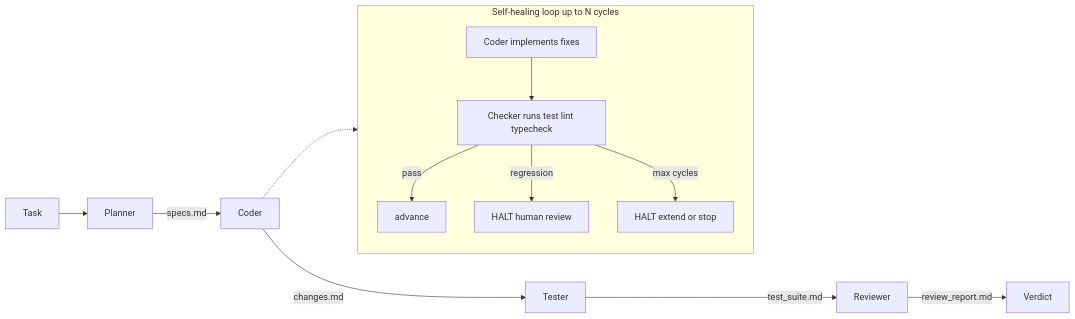
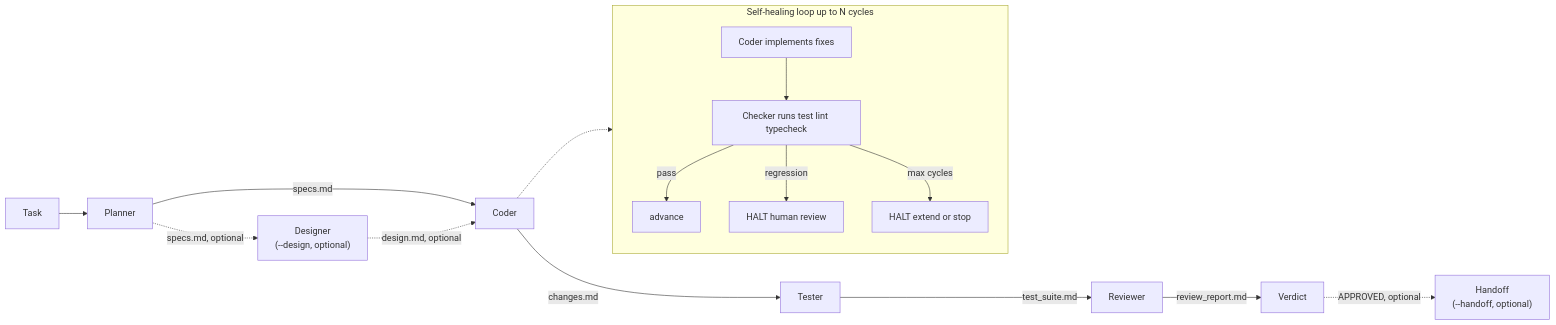
The first of 2 diagrams in README.md (isholaomotayo/orchestrator), drawn with Mermaid before and after one commit. The commit also changed other lines of this file and 1 other file, not shown here.

Commit message:
docs: six-stage pipeline in SKILL.md front matter and README diagrams

````diff
--- a/README.md
+++ b/README.md
@@ -55,17 +55,20 @@
 ```mermaid
 flowchart LR
     T[Task] --> P[Planner]
     P -->|specs.md| C[Coder]
+    P -.->|specs.md, optional| D["Designer\n(--design, optional)"]
+    D -.->|design.md, optional| C
     C -->|changes.md| Te[Tester]
     Te -->|test_suite.md| R[Reviewer]
     R -->|review_report.md| V[Verdict]
+    V -.->|APPROVED, optional| Ho["Handoff\n(--handoff, optional)"]
 
     subgraph SH["Self-healing loop up to N cycles"]
         direction TB
         C1[Coder implements fixes] --> Ch[Checker runs test lint typecheck]
         Ch -->|pass| Done[advance]
         Ch -->|regression| H1[HALT human review]
         Ch -->|max cycles| H2[HALT extend or stop]
     end
     C -.-> C1
 ```
````
